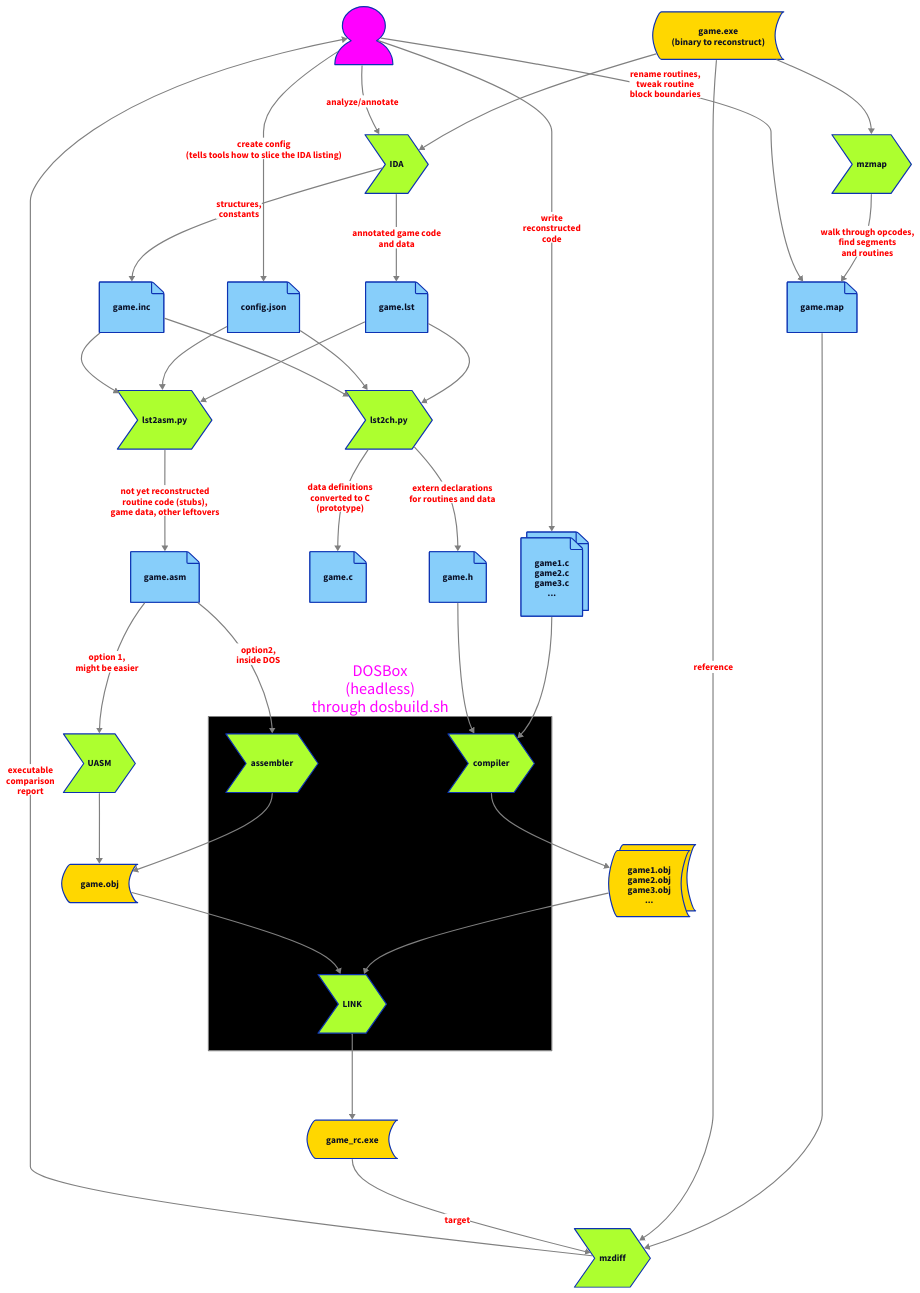
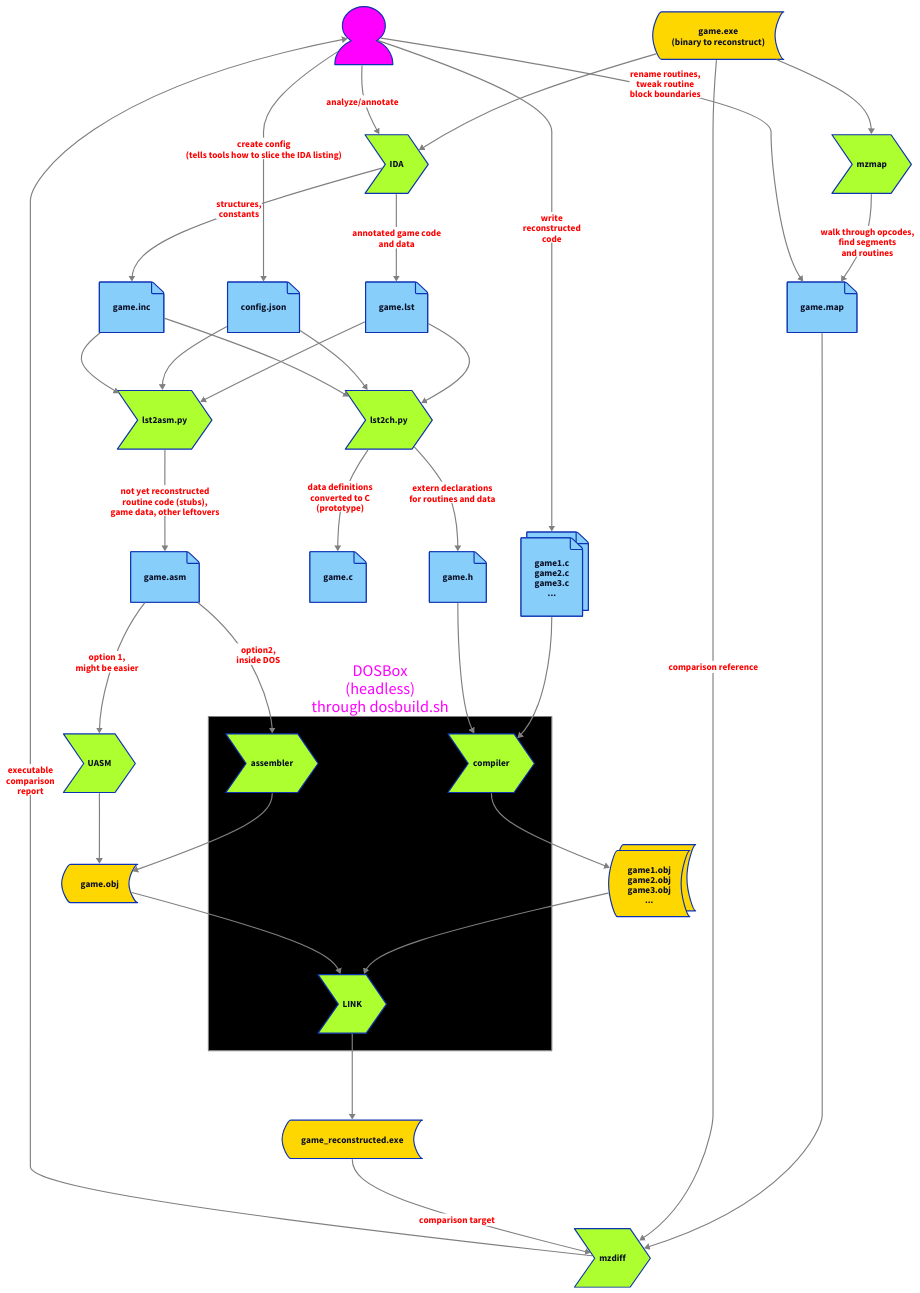
Before and after one commit to neuviemeporte/mzretools: the diagram in diagrams/process-stable.d2, drawn with D2. The commit also changed 4 other files, not shown here.

```diff
--- a/diagrams/process-stable.d2
+++ b/diagrams/process-stable.d2
@@ -1,112 +1,112 @@
 # vars: {
 #     d2-config: {
 #         layout-engine: elk
 #     }
 # }
 
 direction: down
 
 style: { fill: transparent }
 
 classes: {
     tool: {
         shape: step
         style: { fill: greenyellow }
     }
     text: {
         shape: page
         style: { fill: lightskyblue }
     }
     binary: {
         shape: stored_data
         style: { fill: gold }
     }
     cxn: {
         style: { 
             font-color: red 
             bold: true
             stroke: gray
         }
     }
 }
 
 ixp: "" { 
     shape: person 
     style: { 
         fill: fuchsia
         font-color: fuchsia
     }
 }
 game: game.exe\n(binary to reconstruct) { class: binary }
 ida: IDA { class: tool }
 mzmap: { class: tool }
 mzdiff:  { class: tool }
 map: game.map { class: text }
 conf: config.json { class: text }
 lst: game.lst { 
     class: text 
 }
 inc: game.inc { 
     class: text 
 }
 lst2ch: lst2ch.py { class: tool }
 lst2asm: lst2asm.py  { class: tool }
 header: game.h { class: text }
 asm: game.asm { class: text }
 source: game.c { class: text }
 rc: {
     class: text
     style.multiple: true
     label: game1.c\ngame2.c\ngame3.c\n...
 }
 obj: {
     class: binary
     style.multiple: true
     label: game1.obj\ngame2.obj\ngame3.obj\n...
 }
 UASM: { class: tool }
 asmobj: game.obj { class: binary }
-rcexe: game_rc.exe { class: binary }
+rcexe: game_reconstructed.exe { class: binary }
 dosbox: DOSBox\n(headless)\nthrough dosbuild.sh {
     style: { 
         font-color: fuchsia
         fill: black
         stroke: gray
     }
     msc: compiler { class: tool }
     masm: assembler { class: tool }
     lnk: LINK { class: tool }
 }
 
 game -> ida { class: cxn }
 game -> mzmap { class: cxn }
 ida -> lst: annotated game code\nand data { class: cxn }
 ida -> inc: structures,\nconstants { class: cxn }
 mzmap -> map: walk through opcodes,\nfind segments\nand routines { class: cxn }
 lst -> lst2ch { class: cxn }
 lst -> lst2asm { class: cxn }
 lst2ch -> header: extern declarations\nfor routines and data { class: cxn }
 lst2ch -> source: data definitions\nconverted to C\n(prototype) { class: cxn }
 lst2asm -> asm: not yet reconstructed\nroutine code (stubs),\ngame data, other leftovers { class: cxn }
 conf -> lst2ch { class: cxn }
 conf -> lst2asm { class: cxn }
 inc -> lst2ch { class: cxn }
 inc -> lst2asm { class: cxn }
 map -> mzdiff { class: cxn }
-game -> mzdiff: reference { class: cxn }
+game -> mzdiff: comparison reference { class: cxn }
 ixp -> map: rename routines,\ntweak routine\nblock boundaries { class: cxn }
 ixp -> conf: create config\n(tells tools how to slice the IDA listing) { class: cxn }
 ixp -> ida: analyze/annotate { class: cxn }
 ixp -> rc: write\nreconstructed\ncode { class: cxn }
 rc -> dosbox.msc { class: cxn }
 header -> dosbox.msc { class: cxn }
 asm -> UASM: option 1,\nmight be easier { class: cxn }
 dosbox.msc -> obj { class: cxn }
 asm -> dosbox.masm: option2,\ninside DOS { class: cxn }
 dosbox.masm -> asmobj { class :cxn }
 UASM -> asmobj { class: cxn }
 obj -> dosbox.lnk { class: cxn }
 asmobj -> dosbox.lnk { class: cxn }
 dosbox.lnk -> rcexe { class: cxn }
-rcexe -> mzdiff: target { class: cxn }
+rcexe -> mzdiff: comparison target { class: cxn }
 mzdiff -> ixp: executable\ncomparison\nreport { class: cxn }
```
